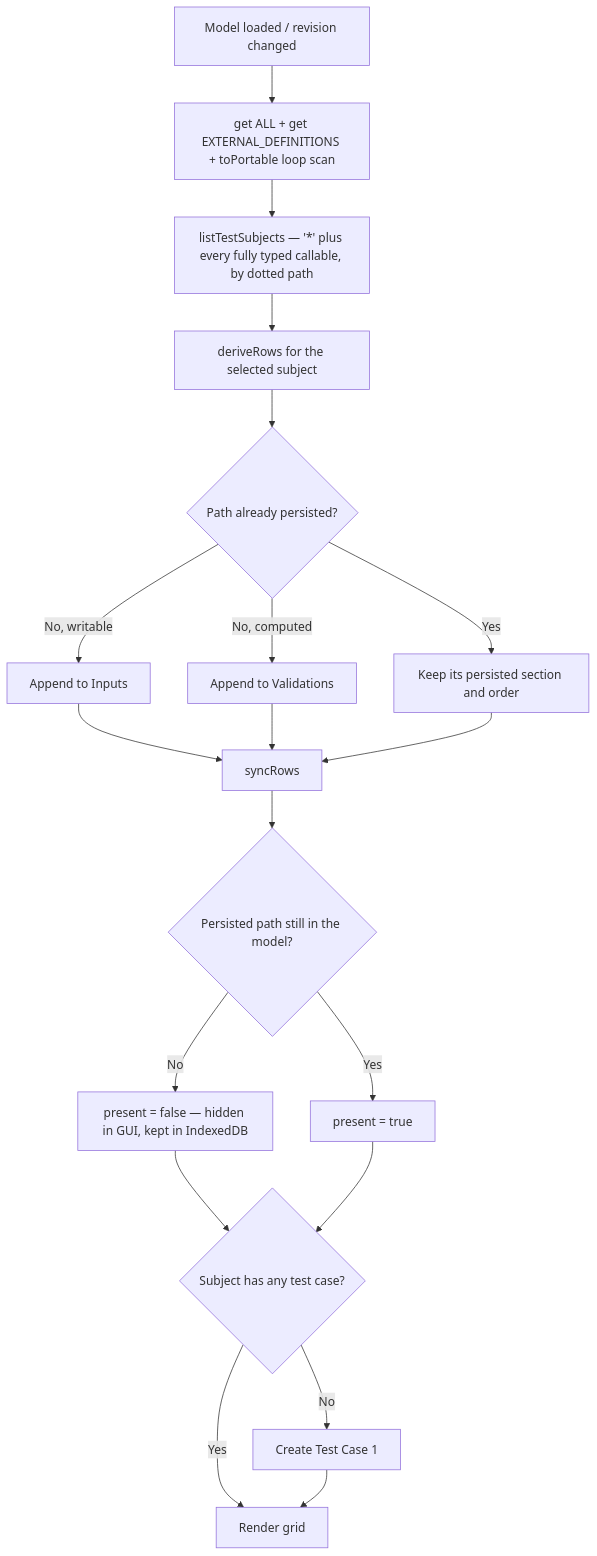
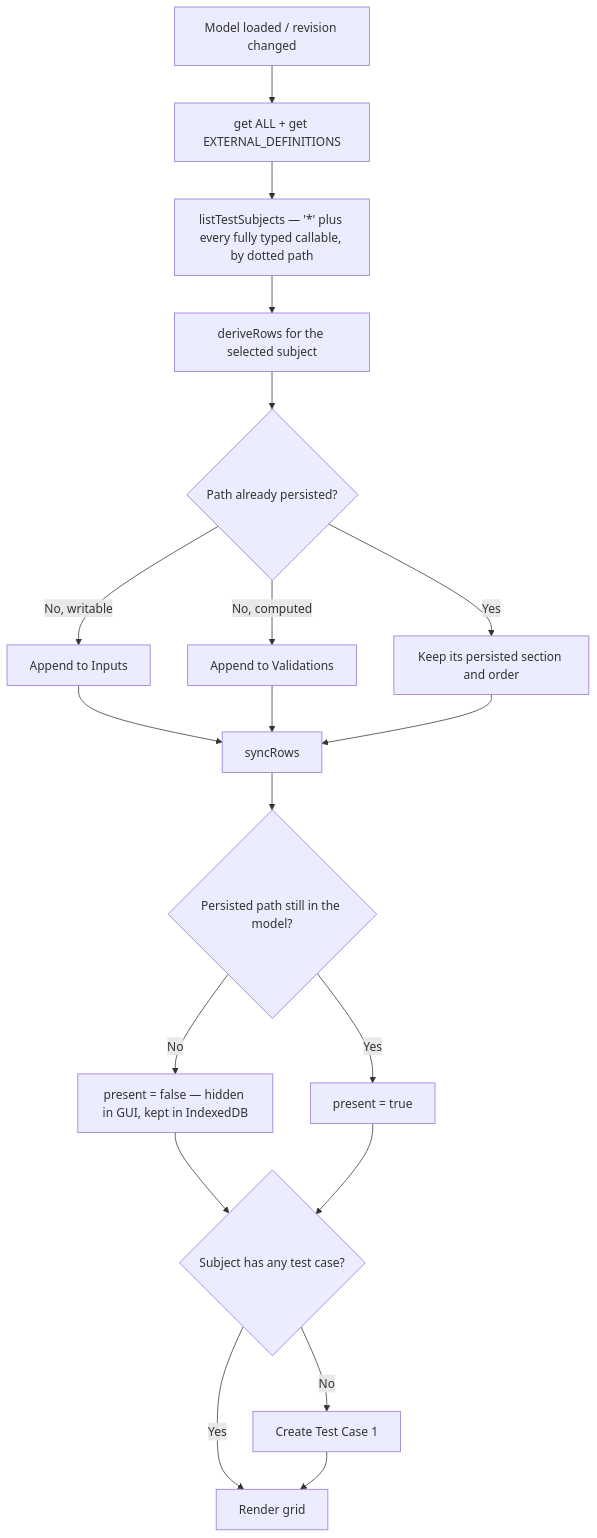
One commit to rimvydasb/edgerules-react changed the fourth of 4 diagrams in docs/TESTS_MANAGER_STORY.md. Above: the diagram before and after it, drawn with Mermaid. The commit also changed other lines of this file and 4 other files, not shown here.

````diff
--- a/docs/TESTS_MANAGER_STORY.md
+++ b/docs/TESTS_MANAGER_STORY.md
@@ -745,21 +745,21 @@
 ```mermaid
 flowchart TD
-    A["Model loaded / revision changed"] --> B["get ALL + get EXTERNAL_DEFINITIONS + toPortable loop scan"]
+    A["Model loaded / revision changed"] --> B["get ALL + get EXTERNAL_DEFINITIONS"]
     B --> C["listTestSubjects — '*' plus every fully typed callable, by dotted path"]
     C --> D["deriveRows for the selected subject"]
     D --> E{"Path already persisted?"}
     E -- " No, writable " --> F["Append to Inputs"]
     E -- " No, computed " --> G["Append to Validations"]
     E -- " Yes " --> H["Keep its persisted section and order"]
     F --> I["syncRows"]
     G --> I
     H --> I
     I --> J{"Persisted path still in the model?"}
     J -- " No " --> K["present = false — hidden in GUI, kept in IndexedDB"]
     J -- " Yes " --> L["present = true"]
     K --> M{"Subject has any test case?"}
     L --> M
     M -- " No " --> N["Create Test Case 1"]
     M -- " Yes " --> O["Render grid"]
     N --> O
 ```
````
